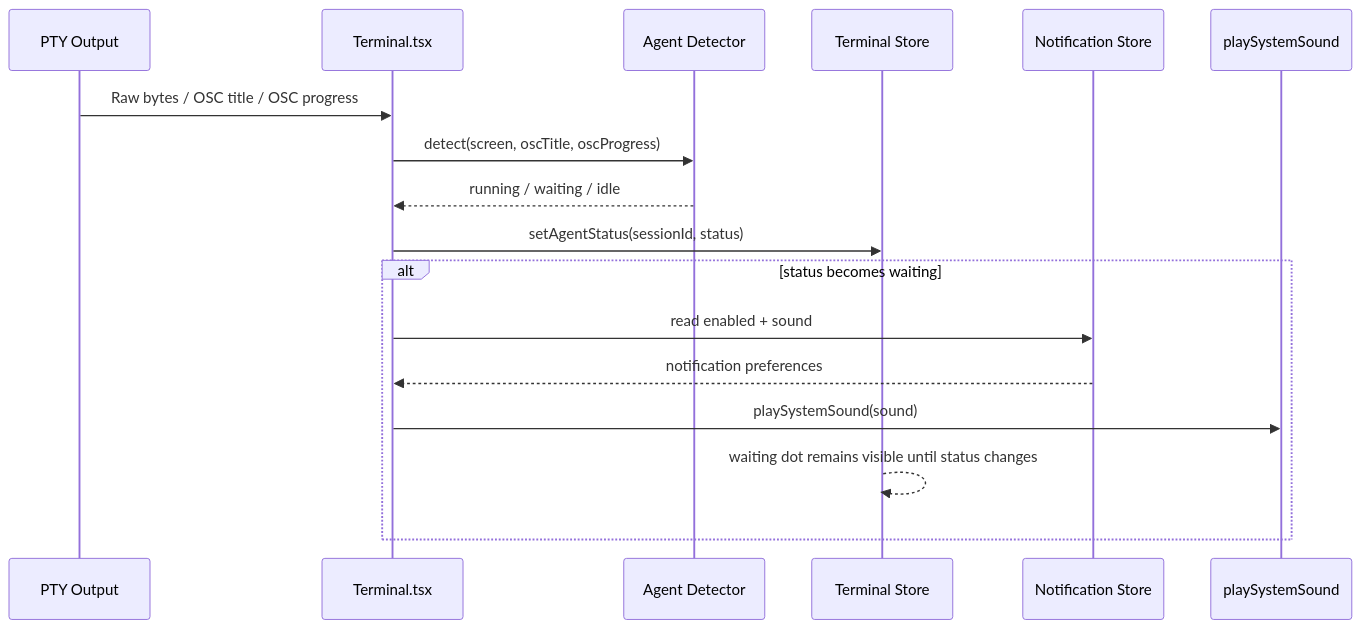
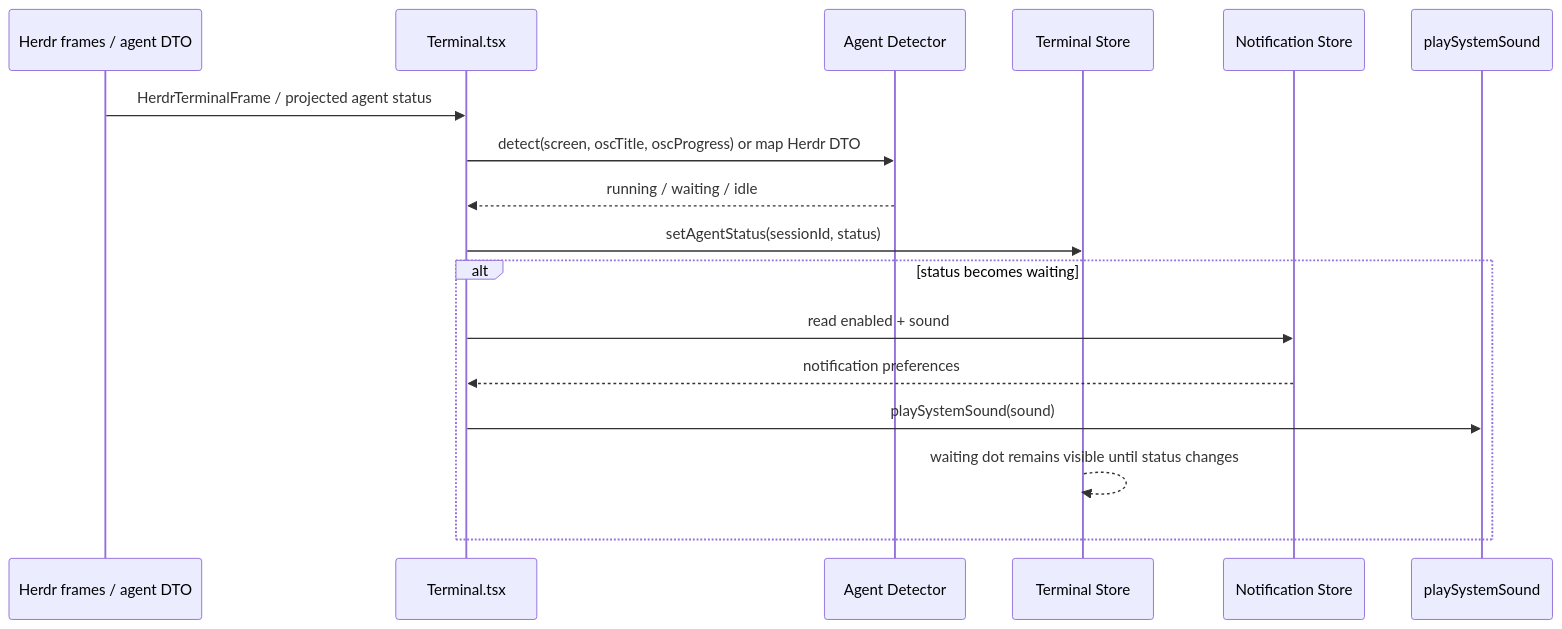
Before and after one commit to AkaraChen/2code: the fourth of 5 diagrams in docs/data-flow.md, drawn with Mermaid. The commit also changed other lines of this file, not shown here.

First line of the commit message:
docs: replace Local PTY data-flow with Herdr pane_id reattach

````diff
--- a/docs/data-flow.md
+++ b/docs/data-flow.md
@@ -118,21 +99,21 @@
 ```mermaid
 sequenceDiagram
-    participant PTY as PTY Output
+    participant H as Herdr frames / agent DTO
     participant Term as Terminal.tsx
     participant Detector as Agent Detector
     participant Store as Terminal Store
     participant Settings as Notification Store
     participant BE as playSystemSound
 
-    PTY->>Term: Raw bytes / OSC title / OSC progress
-    Term->>Detector: detect(screen, oscTitle, oscProgress)
+    H->>Term: HerdrTerminalFrame / projected agent status
+    Term->>Detector: detect(screen, oscTitle, oscProgress) or map Herdr DTO
     Detector-->>Term: running / waiting / idle
     Term->>Store: setAgentStatus(sessionId, status)
 
     alt status becomes waiting
         Term->>Settings: read enabled + sound
         Settings-->>Term: notification preferences
         Term->>BE: playSystemSound(sound)
         Store-->>Store: waiting dot remains visible until status changes
     end
 ```
````
